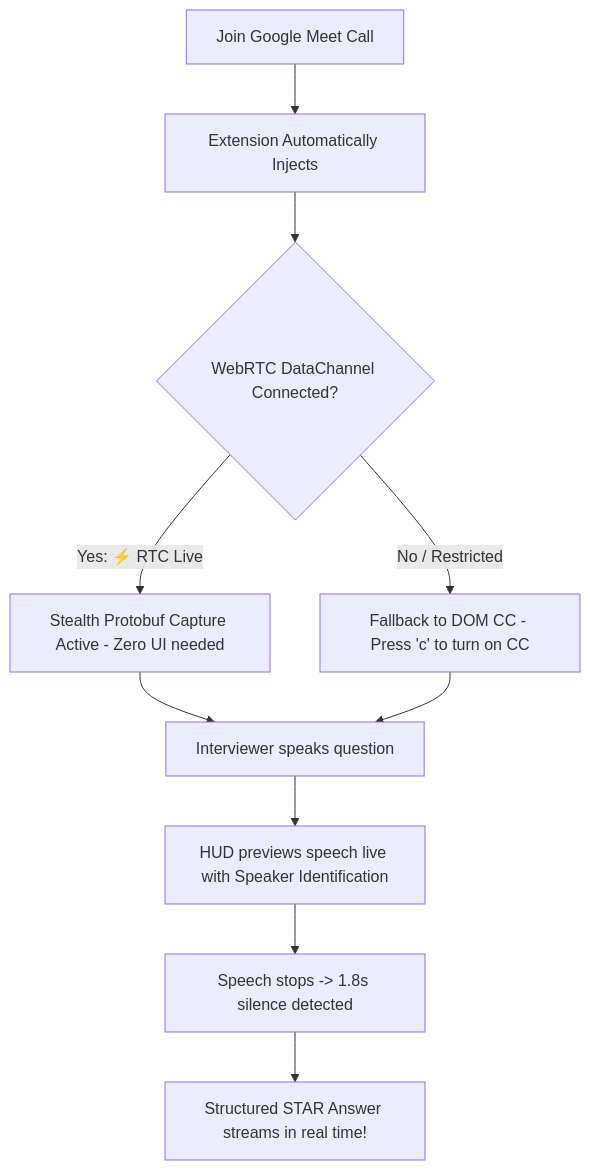
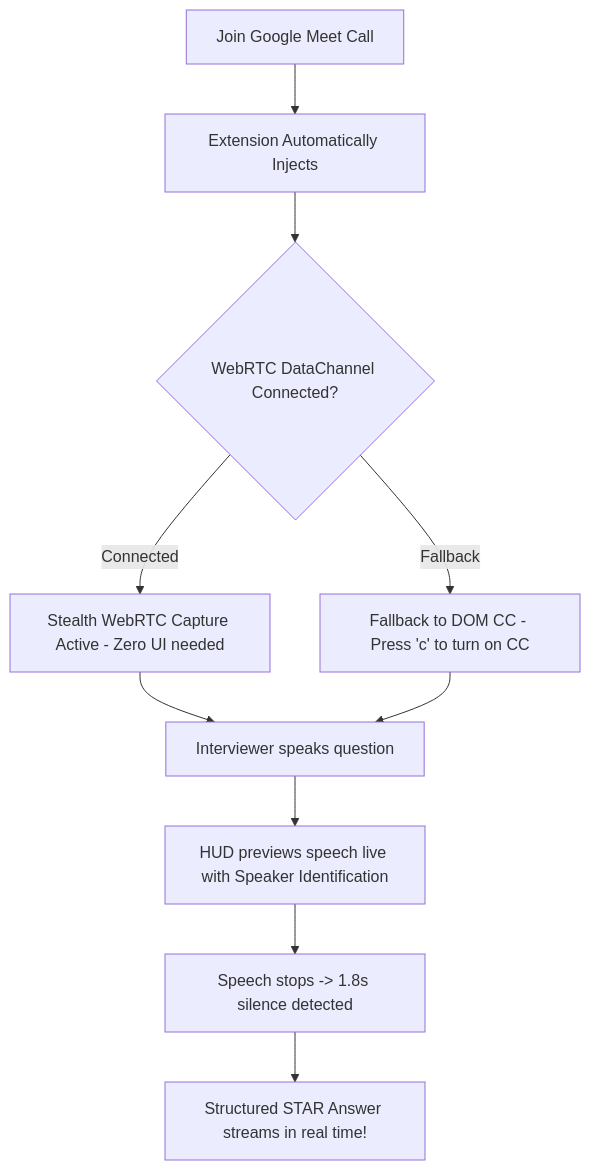
Before and after one commit to rivaldiekaptrrr/interview-ext: the diagram in USER_GUIDE.md, drawn with Mermaid. The commit also changed other lines of this file and 7 other files, not shown here.

````diff
--- a/USER_GUIDE.md
+++ b/USER_GUIDE.md
@@ -165,12 +165,12 @@
 ```mermaid
 graph TD
     A[Join Google Meet Call] --> B[Extension Automatically Injects]
     B --> C{WebRTC DataChannel Connected?}
-    C -->|Yes: ⚡ RTC Live| D[Stealth Protobuf Capture Active - Zero UI needed]
-    C -->|No / Restricted| E[Fallback to DOM CC - Press 'c' to turn on CC]
+    C -->|Connected| D[Stealth WebRTC Capture Active - Zero UI needed]
+    C -->|Fallback| E[Fallback to DOM CC - Press 'c' to turn on CC]
     D --> F[Interviewer speaks question]
     E --> F
     F --> G[HUD previews speech live with Speaker Identification]
     G --> H[Speech stops -> 1.8s silence detected]
     H --> I[Structured STAR Answer streams in real time!]
 ```
````
